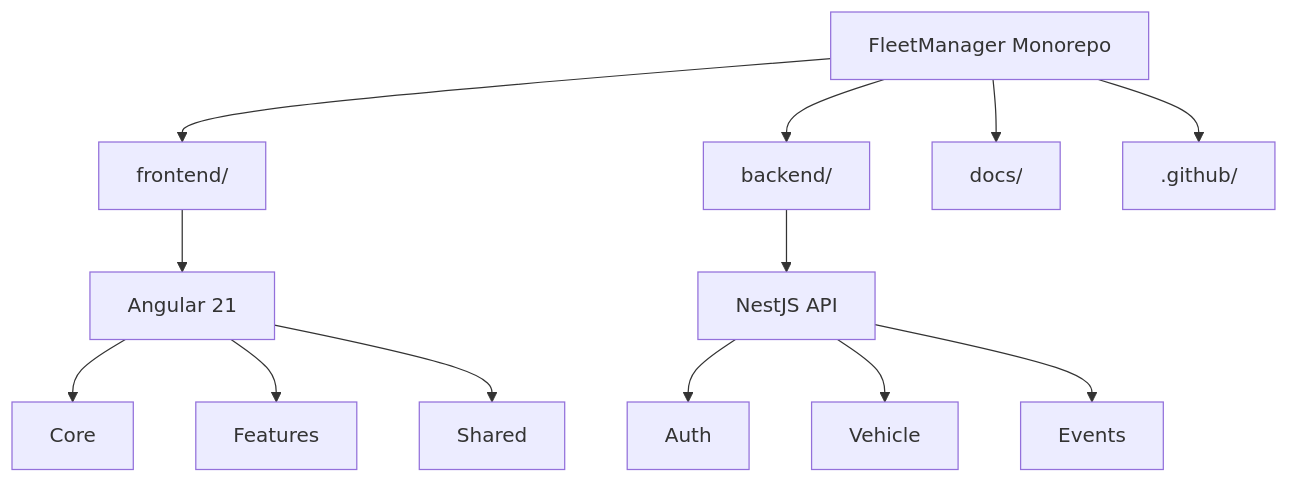
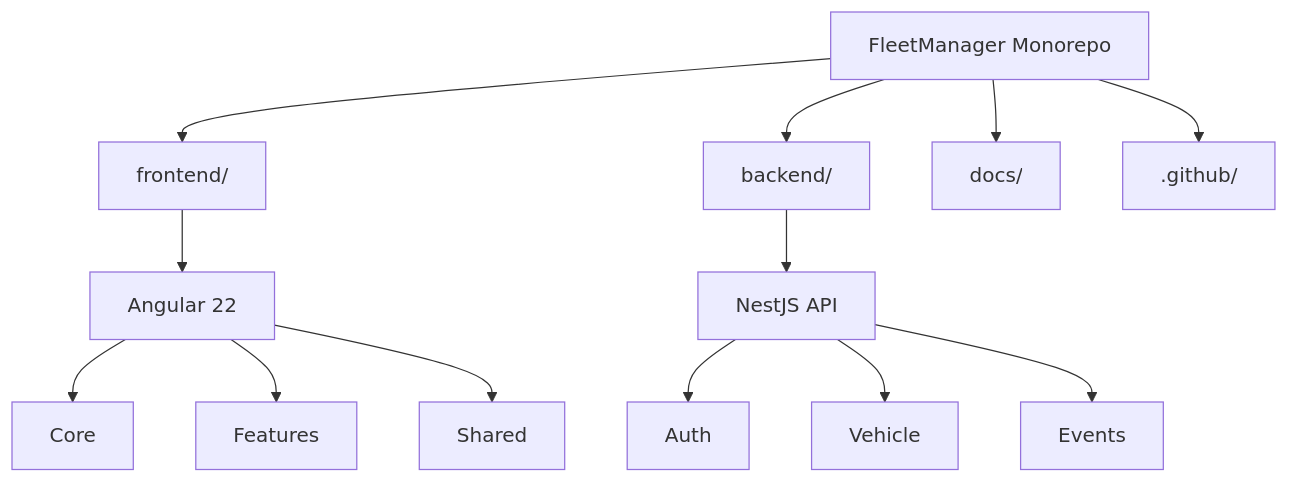
Before and after one commit to JordiMiravet/FleetManager: the first of 2 diagrams in docs/architecture.md, drawn with Mermaid.

Commit message:
docs(architecture): update Angular version to 22 in text and Mermaid diagram (#624)

````diff
--- a/docs/architecture.md
+++ b/docs/architecture.md
@@ -38,19 +38,19 @@
 ```mermaid
 flowchart TD
     R["FleetManager Monorepo"]
 
     R --> F["frontend/"]
     R --> B["backend/"]
     R --> D["docs/"]
     R --> G[".github/"]
 
-    F --> FA["Angular 21"]
+    F --> FA["Angular 22"]
     FA --> FC["Core"]
     FA --> FF["Features"]
     FA --> FS["Shared"]
 
     B --> BA["NestJS API"]
     BA --> AUTH["Auth"]
     BA --> VEH["Vehicle"]
     BA --> EVT["Events"]
 ```
````
